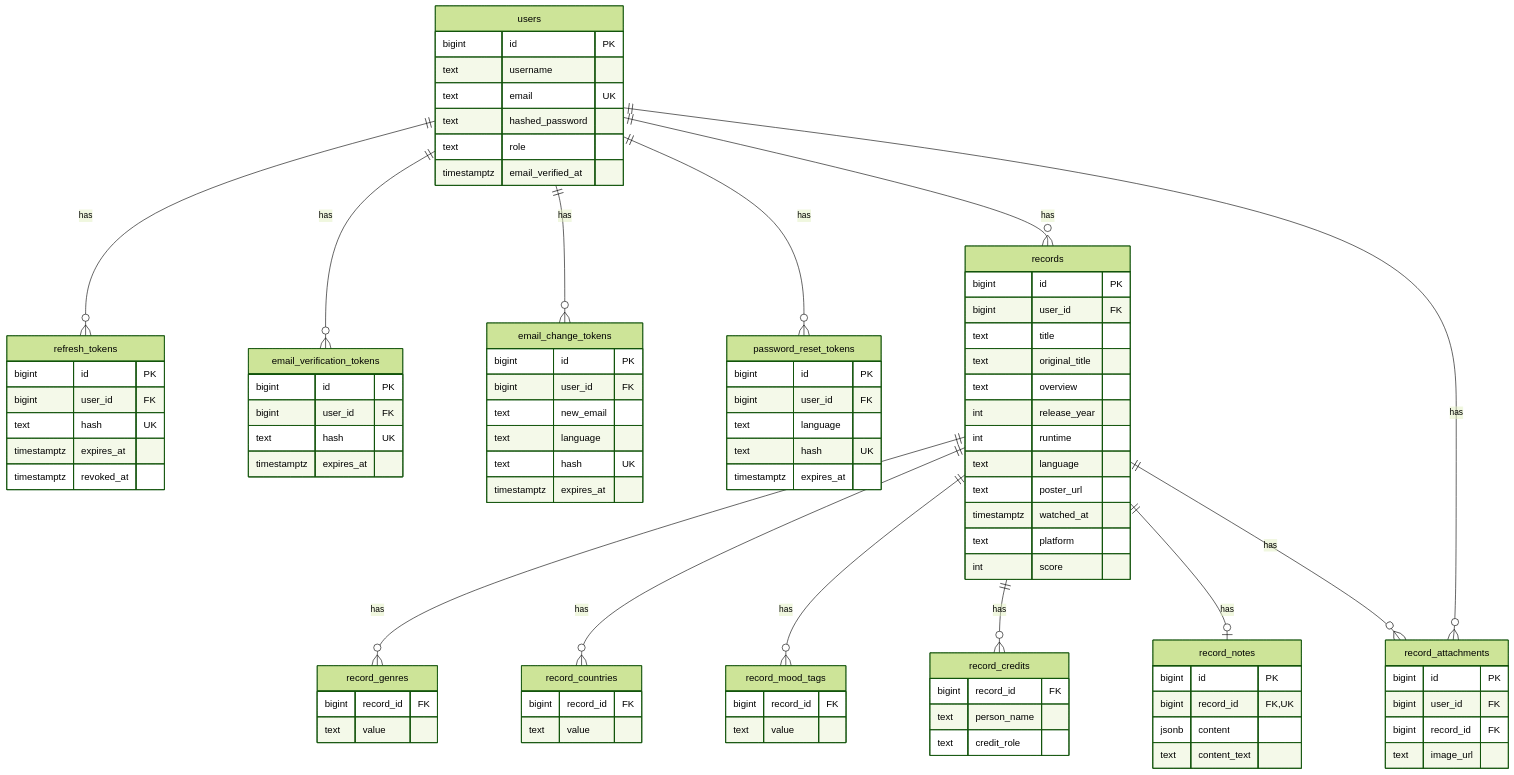
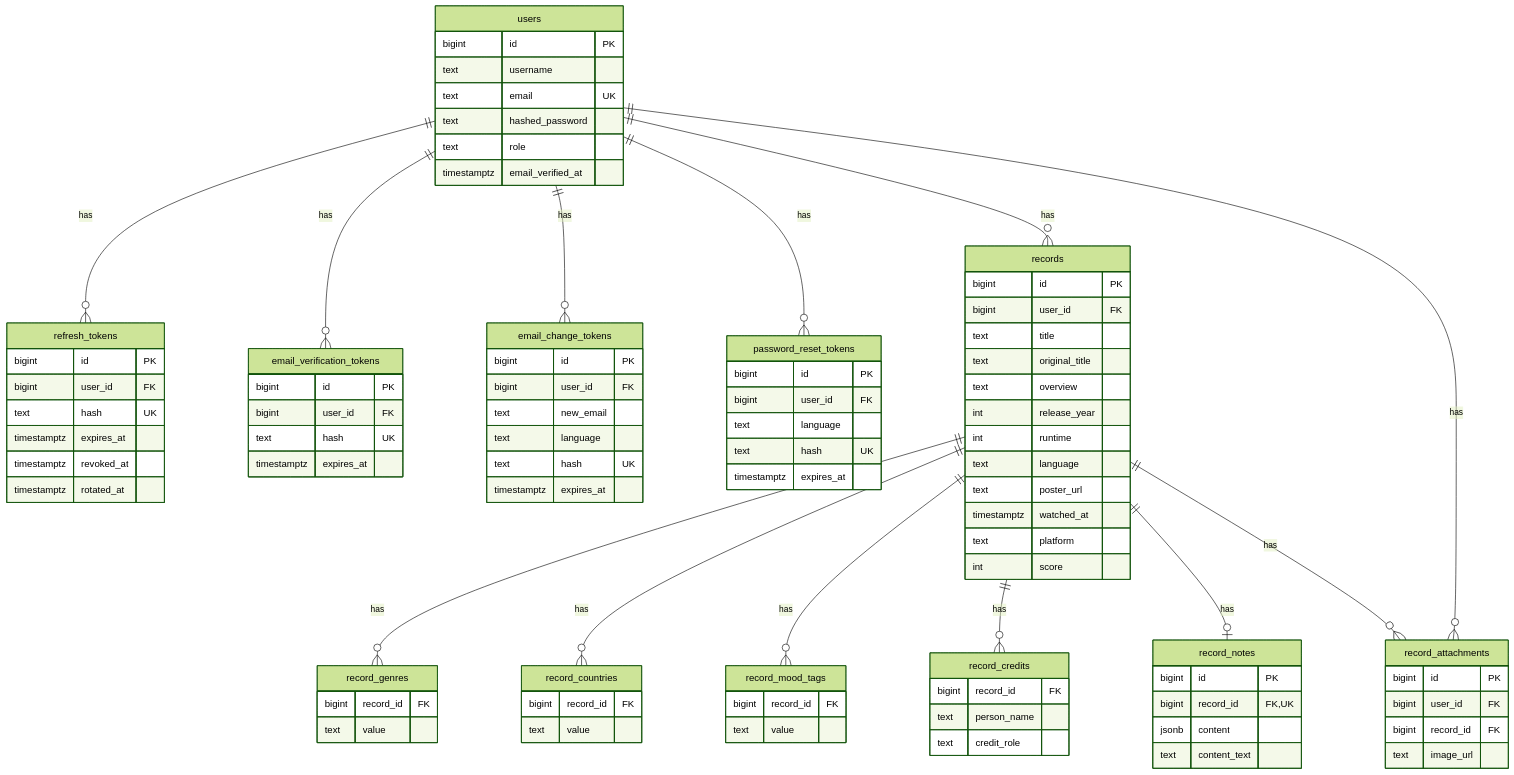
The third of 3 diagrams in README.ja.md (masaya-nishimura-09/movie-log-api), drawn with Mermaid (forest theme) before and after one commit. The commit also changed 9 other files, not shown here.

```diff
--- a/README.ja.md
+++ b/README.ja.md
@@ -312,6 +312,7 @@
         text hash UK
         timestamptz expires_at
         timestamptz revoked_at
+        timestamptz rotated_at
     }
     email_verification_tokens {
         bigint id PK
```
